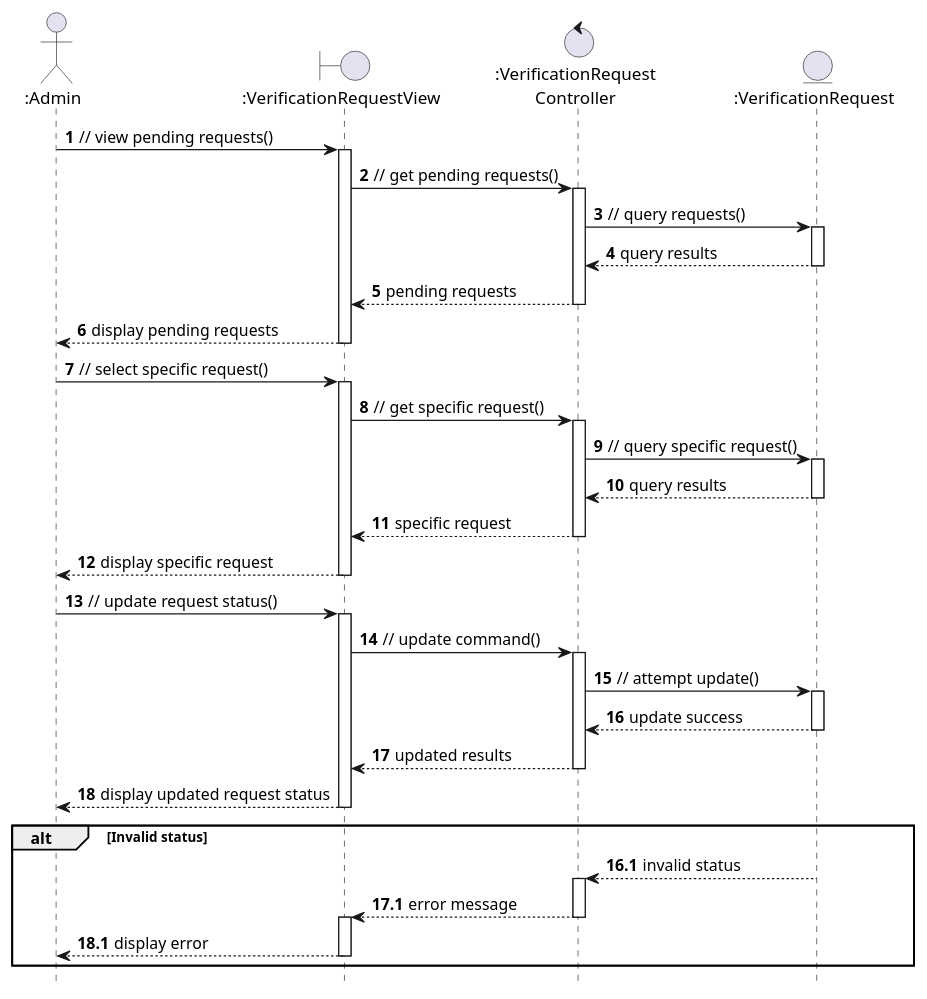
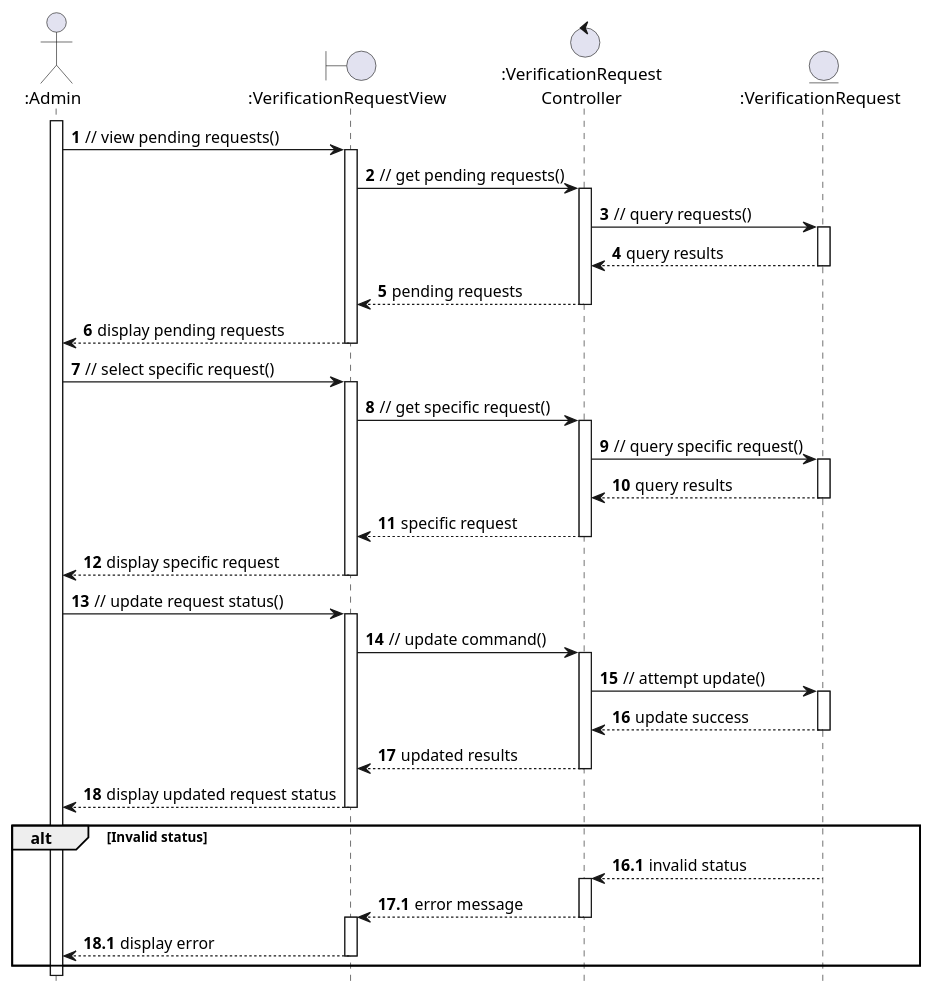
The diagram in uml/analysis/sequence/approve_car_for_auction.pu (anhbanlinhle/velocity-exchange), drawn with PlantUML before and after one commit. The commit also changed 5 other files, not shown here.

```diff
--- a/uml/analysis/sequence/approve_car_for_auction.pu
+++ b/uml/analysis/sequence/approve_car_for_auction.pu
@@ -1,62 +1,62 @@
 @startuml
 hide footbox
 
 autonumber
 
 actor ":Admin" as Admin
 boundary ":VerificationRequestView" as PendingRequestsView
 control ":VerificationRequest\nController" as VerificationRequestController
 entity ":VerificationRequest" as PendingRequests
-
+Admin ++
   Admin -> PendingRequestsView: // view pending requests()
   activate PendingRequestsView
     PendingRequestsView -> VerificationRequestController: // get pending requests()
     activate VerificationRequestController
       VerificationRequestController -> PendingRequests: // query requests()
         activate PendingRequests
         PendingRequests --> VerificationRequestController: query results
         deactivate PendingRequests
       VerificationRequestController --> PendingRequestsView: pending requests
     deactivate VerificationRequestController
     PendingRequestsView --> Admin: display pending requests
   deactivate PendingRequestsView
   Admin -> PendingRequestsView: // select specific request()
   activate PendingRequestsView
     PendingRequestsView -> VerificationRequestController: // get specific request()
     activate VerificationRequestController
       VerificationRequestController -> PendingRequests: // query specific request()
         activate PendingRequests
         PendingRequests --> VerificationRequestController: query results
         deactivate PendingRequests
       VerificationRequestController --> PendingRequestsView: specific request
     deactivate VerificationRequestController
     PendingRequestsView --> Admin: display specific request
   deactivate PendingRequestsView
   Admin -> PendingRequestsView: // update request status()
   activate PendingRequestsView
     PendingRequestsView -> VerificationRequestController: // update command()
     activate VerificationRequestController
       VerificationRequestController -> PendingRequests: // attempt update()
         activate PendingRequests
         PendingRequests --> VerificationRequestController: update success
         deactivate PendingRequests
       VerificationRequestController --> PendingRequestsView: updated results
     deactivate VerificationRequestController
     PendingRequestsView --> Admin: display updated request status
   deactivate PendingRequestsView
 
 alt Invalid status
   autonumber 16.1
   PendingRequests --> VerificationRequestController: invalid status
   autonumber inc A
   activate VerificationRequestController
     VerificationRequestController --> PendingRequestsView: error message
     autonumber inc A
   deactivate VerificationRequestController
   activate PendingRequestsView
     PendingRequestsView --> Admin: display error
     autonumber inc A
   deactivate PendingRequestsView
 end
 
 @enduml
```
